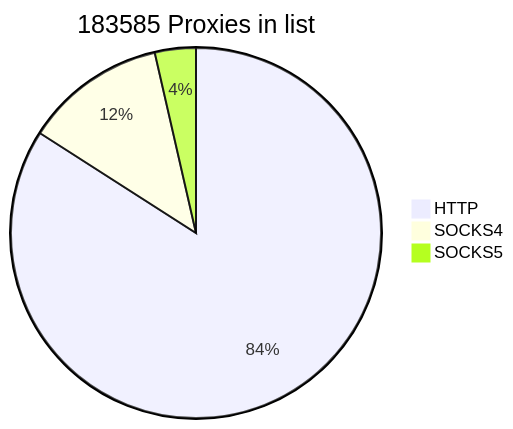
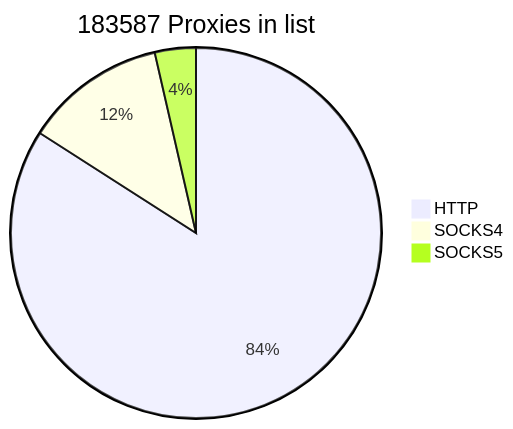
One commit to cutipu/proxylist changed the first of 2 diagrams in README.md. Above: the diagram before and after it, drawn with Mermaid. The commit also changed other lines of this file, not shown here.

````diff
--- a/README.md
+++ b/README.md
@@ -2,7 +2,7 @@
 ```mermaid
-pie title 183585 Proxies in list
-    "HTTP" : 154326
-    "SOCKS4" : 22689
-    "SOCKS5" : 6570
+pie title 183587 Proxies in list
+    "HTTP" : 154327
+    "SOCKS4" : 22688
+    "SOCKS5" : 6572
             
 ```
````
